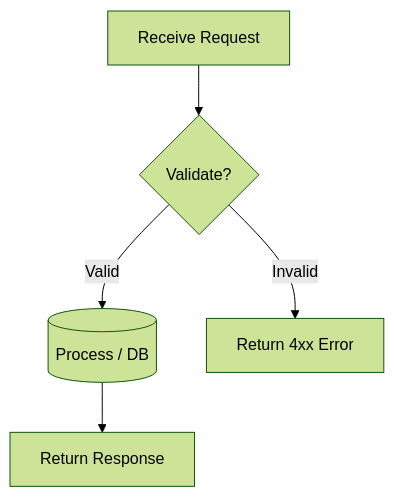
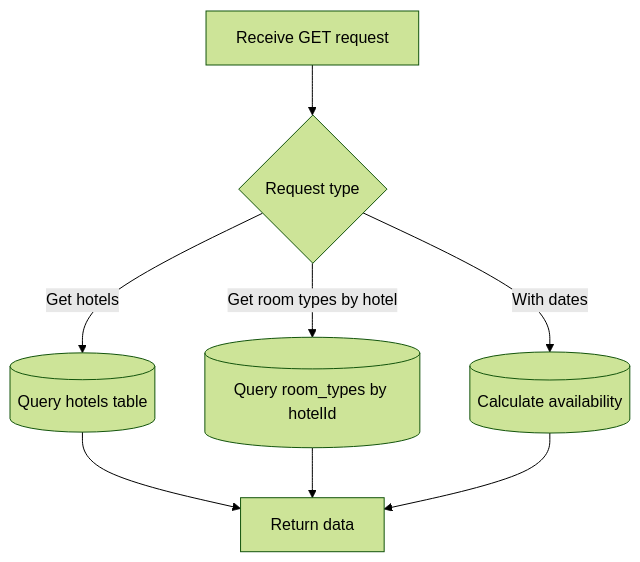
One commit to dqminh2411/hotel-booking-microservices changed the fifth of 5 diagrams in docs/analysis-and-design.md. Above: the diagram before and after it, drawn with Mermaid (forest theme). The commit also changed other lines of this file, not shown here.

````diff
--- a/docs/analysis-and-design.md
+++ b/docs/analysis-and-design.md
@@ -170,7 +362,12 @@
 ```mermaid
 flowchart TD
-    A[Receive Request] --> B{Validate?}
-    B -->|Valid| C[(Process / DB)]
-    B -->|Invalid| D[Return 4xx Error]
-    C --> E[Return Response]
+    A[Receive GET request] --> B{Request type}
+
+    B -->|Get hotels| C[(Query hotels table)]
+    B -->|Get room types by hotel| D[(Query room_types by hotelId)]
+    B -->|With dates| E[(Calculate availability)]
+
+    C --> F[Return data]
+    D --> F
+    E --> F
 ```
````
